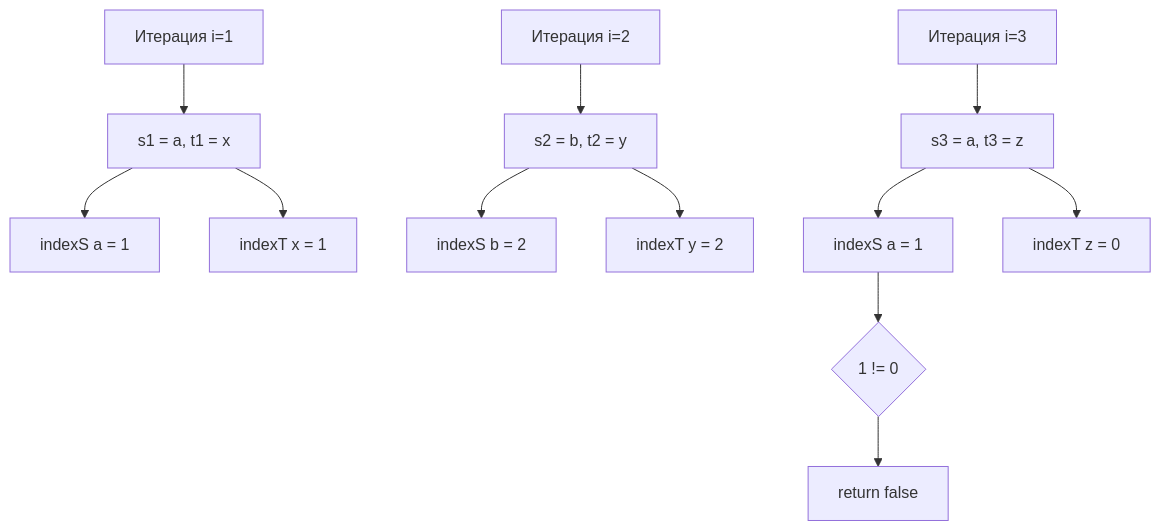
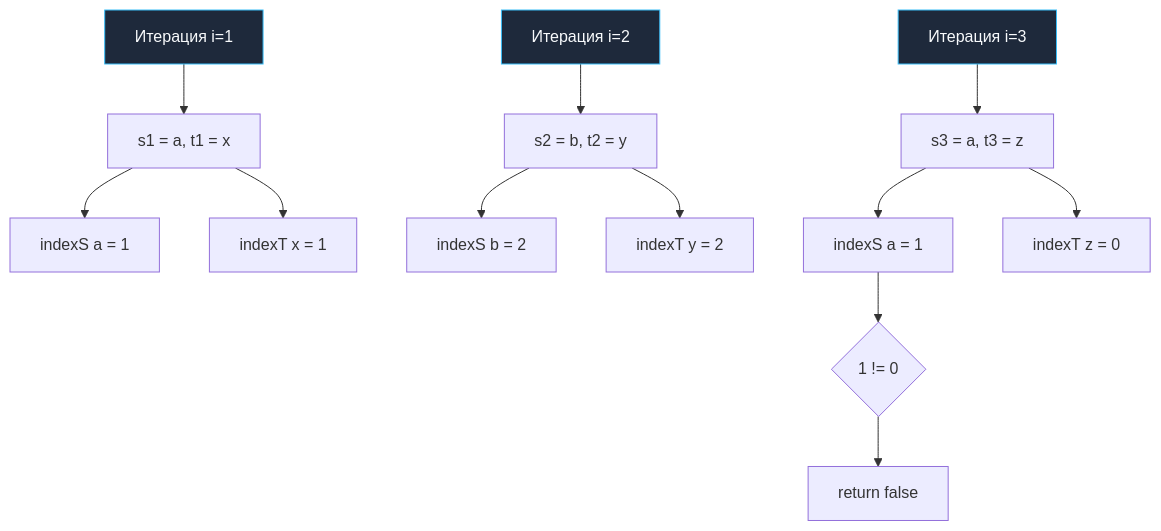
The diagram in sources/21. Задачи с LeetCode и собеседований на Go/02. Задачи/05. Хеш таблицы/5. Isomorphic Strings.md (UnrealTemplier/go-textbook), drawn with Mermaid before and after one commit. The commit also changed 1666 other files, not shown here.

First line of the commit message:
feat(mermaid): add semantic color classDef to 1369 colorless flowchart/graph diagrams

````diff
--- a/sources/21. Задачи с LeetCode и собеседований на Go/02. Задачи/05. Хеш таблицы/5. Isomorphic Strings.md
+++ b/sources/21. Задачи с LeetCode и собеседований на Go/02. Задачи/05. Хеш таблицы/5. Isomorphic Strings.md
@@ -101,16 +101,26 @@
 ```mermaid
 flowchart TD
-    A["Итерация i=1"] --> B["s1 = a, t1 = x"]
+    classDef process  fill:#1e293b,stroke:#38bdf8,stroke-width:1px,color:#f8fafc
+    classDef success  fill:#064e3b,stroke:#34d399,stroke-width:1px,color:#f8fafc
+    classDef error    fill:#7f1d1d,stroke:#f87171,stroke-width:1px,color:#f8fafc
+    classDef warning  fill:#78350f,stroke:#fbbf24,stroke-width:1px,color:#f8fafc
+    classDef entry    fill:#1e3a5f,stroke:#38bdf8,stroke-width:2px,color:#f8fafc
+    classDef aux      fill:#334155,stroke:#64748b,stroke-width:1px,color:#f8fafc
+    classDef system   fill:#312e81,stroke:#a78bfa,stroke-width:1px,color:#f8fafc
+    classDef data     fill:#132d29,stroke:#2dd4bf,stroke-width:1px,color:#f8fafc
+    classDef network  fill:#881337,stroke:#fb7185,stroke-width:1px,color:#f8fafc
+    classDef accent   fill:#1e1b4b,stroke:#818cf8,stroke-width:1px,color:#f8fafc
+    A["Итерация i=1"]:::process --> B["s1 = a, t1 = x"]
     B --> C["indexS a = 1"]
     B --> D["indexT x = 1"]
     
-    E["Итерация i=2"] --> F["s2 = b, t2 = y"]
+    E["Итерация i=2"]:::process --> F["s2 = b, t2 = y"]
     F --> G["indexS b = 2"]
     F --> H["indexT y = 2"]
     
-    I["Итерация i=3"] --> J["s3 = a, t3 = z"]
+    I["Итерация i=3"]:::process --> J["s3 = a, t3 = z"]
     J --> K["indexS a = 1"]
     J --> L["indexT z = 0"]
     K --> M{"1 != 0"}
     M --> N["return false"]
 ```
````
